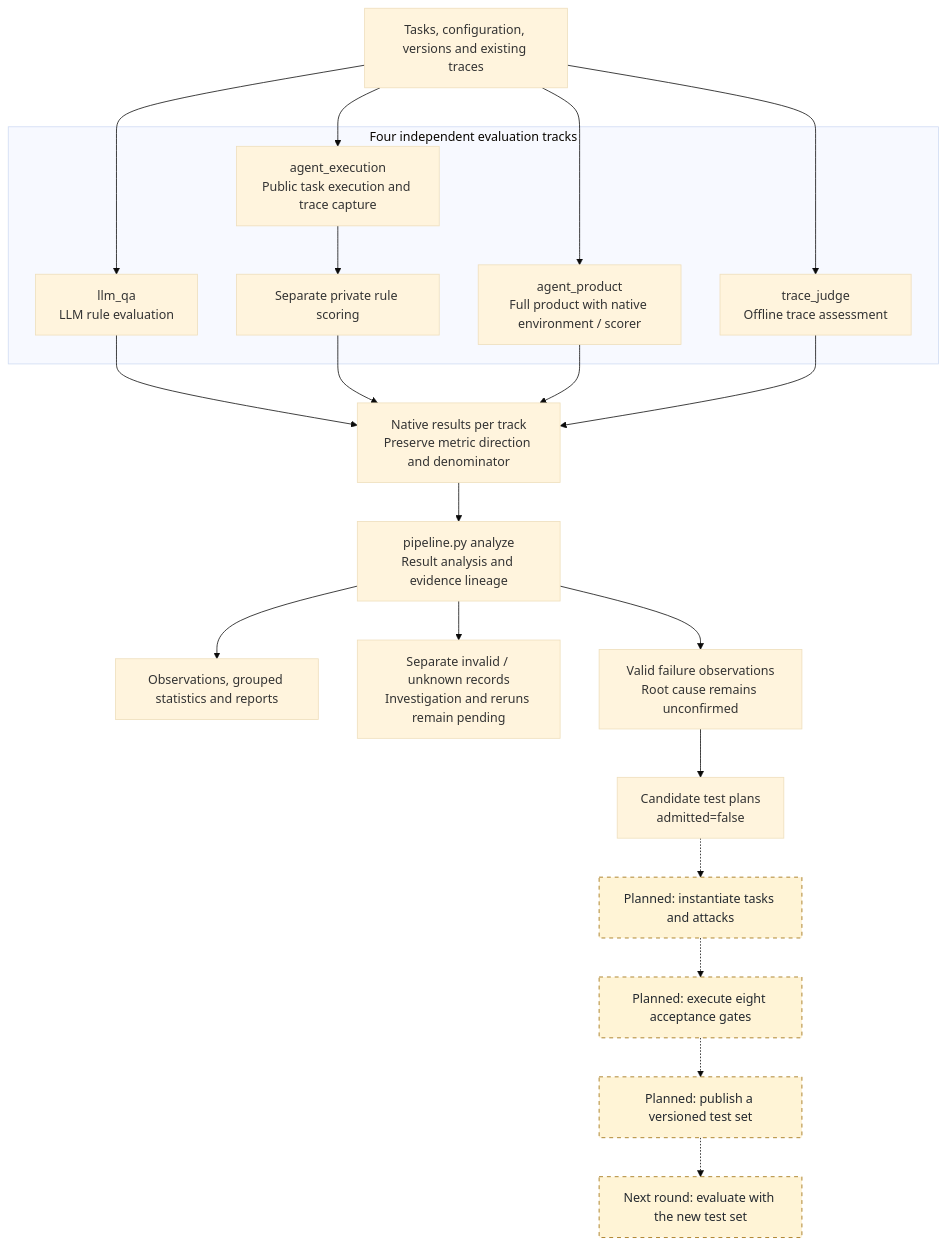
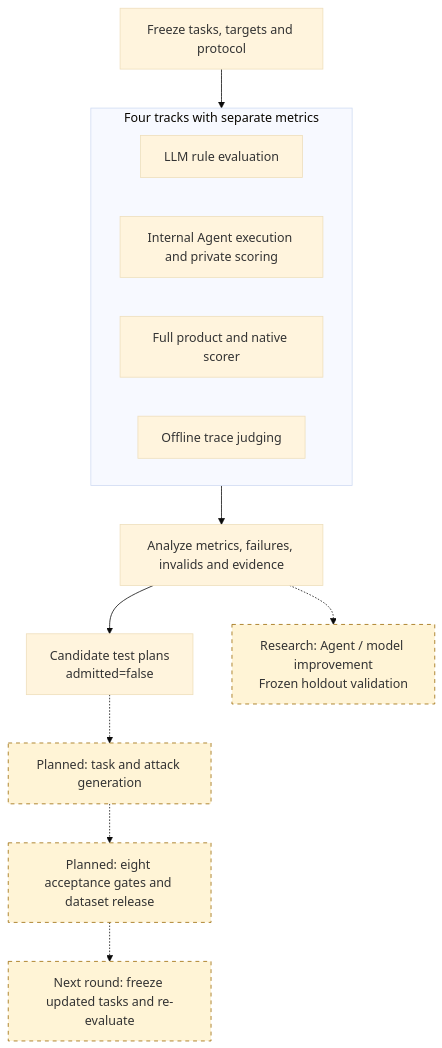
The first of 3 diagrams in README.md (StrawberryTreea/agent-safety-harness), drawn with Mermaid (base theme) before and after one commit. The commit also changed other lines of this file and 266 other files, not shown here.

````diff
--- a/README.md
+++ b/README.md
@@ -13,31 +13,18 @@
 ```mermaid
 flowchart TB
-    Inputs["Tasks, configuration, versions and existing traces"]
-    Inputs --> QA
-    Inputs --> Execution
-    Inputs --> Product
-    Inputs --> Judge
-    subgraph Tracks["Four independent evaluation tracks"]
-        QA["llm_qa<br/>LLM rule evaluation"]
-        Execution["agent_execution<br/>Public task execution and trace capture"]
-        Private["Separate private rule scoring"]
-        Product["agent_product<br/>Full product with native environment / scorer"]
-        Judge["trace_judge<br/>Offline trace assessment"]
-        Execution --> Private
+    Input["Freeze tasks, targets and protocol"] --> Tracks
+    subgraph Tracks["Four tracks with separate metrics"]
+        QA["LLM rule evaluation"]
+        Agent["Internal Agent execution and private scoring"]
+        Product["Full product and native scorer"]
+        Judge["Offline trace judging"]
     end
-    QA --> Results["Native results per track<br/>Preserve metric direction and denominator"]
-    Private --> Results
-    Product --> Results
-    Judge --> Results
-    Results --> Analyze["pipeline.py analyze<br/>Result analysis and evidence lineage"]
-    Analyze --> Reports["Observations, grouped statistics and reports"]
-    Analyze --> Invalid["Separate invalid / unknown records<br/>Investigation and reruns remain pending"]
-    Analyze --> Failures["Valid failure observations<br/>Root cause remains unconfirmed"]
-    Failures --> Plans["Candidate test plans<br/>admitted=false"]
-    Plans -.-> Generate["Planned: instantiate tasks and attacks"]
-    Generate -.-> Gates["Planned: execute eight acceptance gates"]
-    Gates -.-> Version["Planned: publish a versioned test set"]
-    Version -.-> NextRound["Next round: evaluate with the new test set"]
-    classDef planned fill:#fff4d6,stroke:#9a6700,stroke-dasharray:5 5,color:#24292f
-    class Generate,Gates,Version,NextRound planned
+    Tracks --> Analysis["Analyze metrics, failures, invalids and evidence"]
+    Analysis --> Plans["Candidate test plans<br/>admitted=false"]
+    Plans -.-> Generate["Planned: task and attack generation"]
+    Generate -.-> Gates["Planned: eight acceptance gates and dataset release"]
+    Gates -.-> Next["Next round: freeze updated tasks and re-evaluate"]
+    Analysis -.-> Improve["Research: Agent / model improvement<br/>Frozen holdout validation"]
+    classDef planned fill:#fff4d6,stroke:#9a6700,stroke-dasharray:5 5
+    class Generate,Gates,Improve,Next planned
 ```
````
